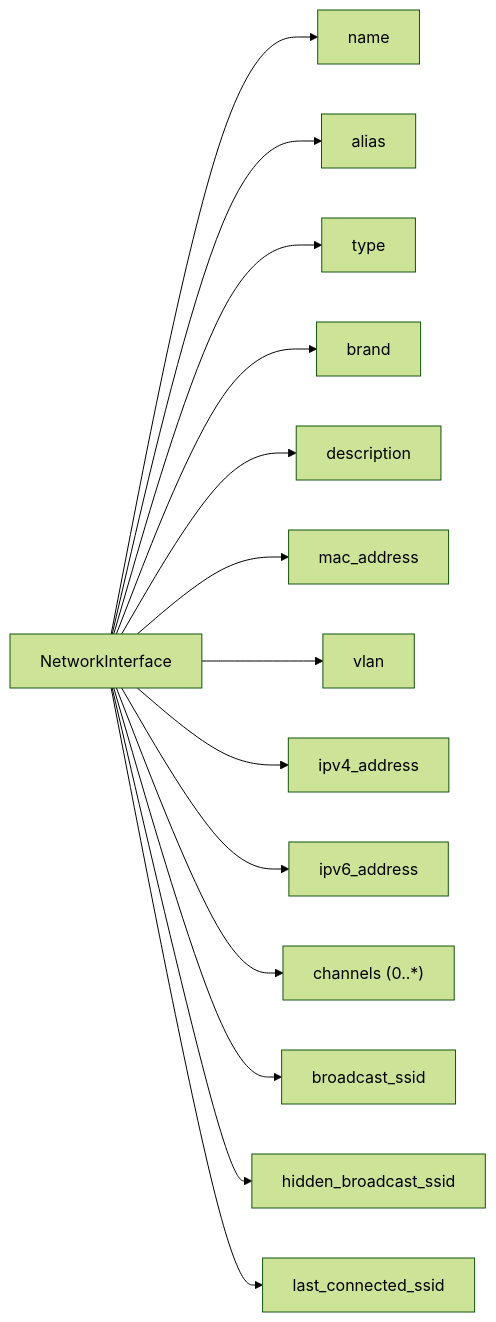
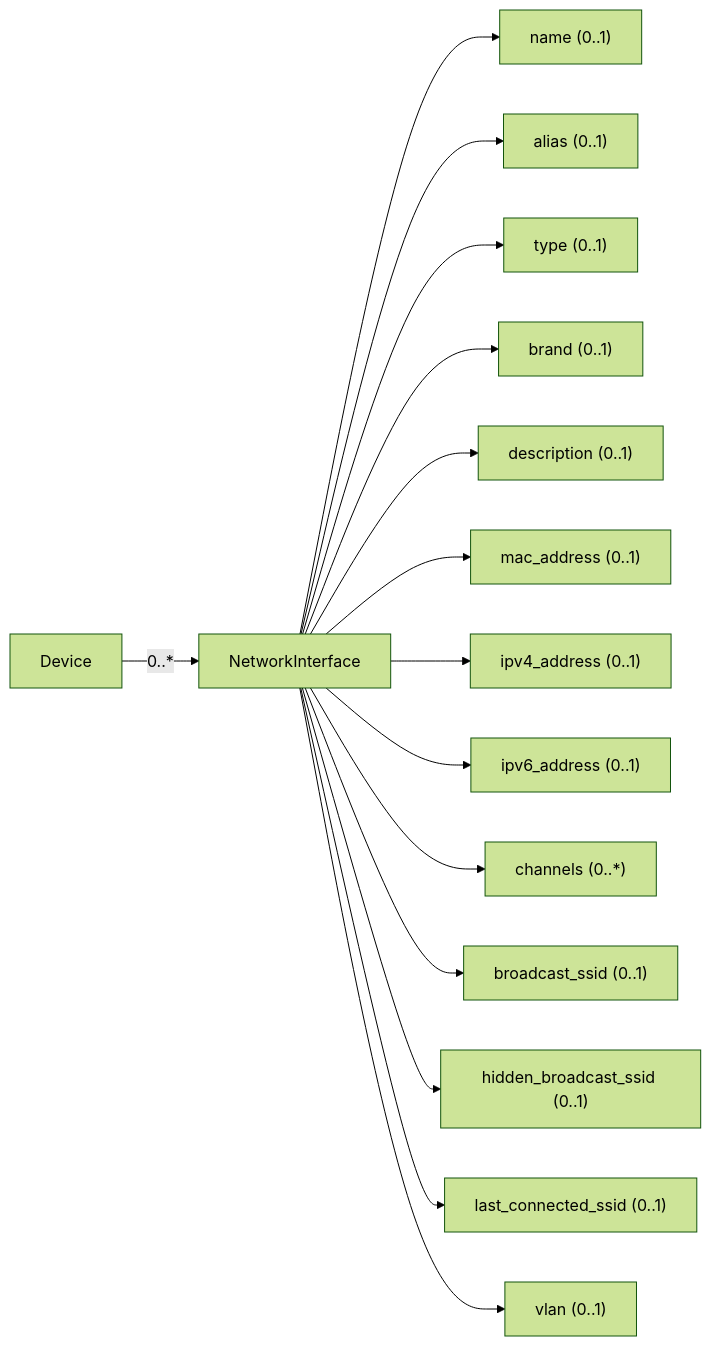
Before and after one commit to markteicher/Armis-Centrix-for-Splunk: the diagram in Armis/ArmisSDK_NetworkInterface.mmd, drawn with Mermaid (forest theme).

```diff
--- a/Armis/ArmisSDK_NetworkInterface.mmd
+++ b/Armis/ArmisSDK_NetworkInterface.mmd
@@ -1,24 +1,25 @@
 flowchart LR
 
-    NETWORK_IF["NetworkInterface"]
+    DEVICE["Device"]
+    DEVICE -->|0..*| NET_IF["NetworkInterface"]
 
     %% Identity
-    NETWORK_IF --> IF_NAME["name"]
-    NETWORK_IF --> IF_ALIAS["alias"]
-    NETWORK_IF --> IF_TYPE["type"]
-    NETWORK_IF --> IF_BRAND["brand"]
-    NETWORK_IF --> IF_DESCRIPTION["description"]
+    NET_IF --> IF_NAME["name (0..1)"]
+    NET_IF --> IF_ALIAS["alias (0..1)"]
+    NET_IF --> IF_TYPE["type (0..1)"]
+    NET_IF --> IF_BRAND["brand (0..1)"]
+    NET_IF --> IF_DESCRIPTION["description (0..1)"]
 
-    %% MAC & VLAN
-    NETWORK_IF --> IF_MAC["mac_address"]
-    NETWORK_IF --> IF_VLAN["vlan"]
+    %% Addressing — last-seen only
+    NET_IF --> IF_MAC["mac_address (0..1)"]
+    NET_IF --> IF_IPV4["ipv4_address (0..1)"]
+    NET_IF --> IF_IPV6["ipv6_address (0..1)"]
 
-    %% IP Addressing (single last-seen values)
-    NETWORK_IF --> IF_IPV4["ipv4_address"]
-    NETWORK_IF --> IF_IPV6["ipv6_address"]
+    %% Wireless
+    NET_IF --> IF_CHANNELS["channels (0..*)"]
+    NET_IF --> IF_BROADCAST_SSID["broadcast_ssid (0..1)"]
+    NET_IF --> IF_HIDDEN["hidden_broadcast_ssid (0..1)"]
+    NET_IF --> IF_LAST_SSID["last_connected_ssid (0..1)"]
 
-    %% Wireless Attributes
-    NETWORK_IF --> IF_CHANNELS["channels (0..*)"]
-    NETWORK_IF --> IF_BROADCAST_SSID["broadcast_ssid"]
-    NETWORK_IF --> IF_HIDDEN_SSID["hidden_broadcast_ssid"]
-    NETWORK_IF --> IF_LAST_SSID["last_connected_ssid"]
+    %% VLAN
+    NET_IF --> IF_VLAN["vlan (0..1)"]
```
